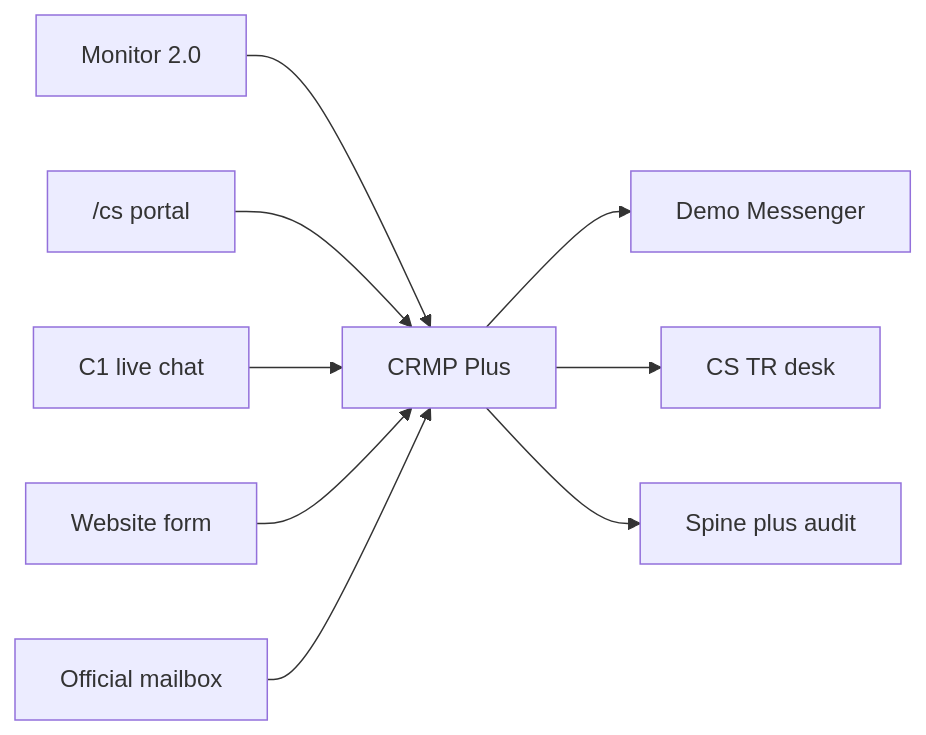
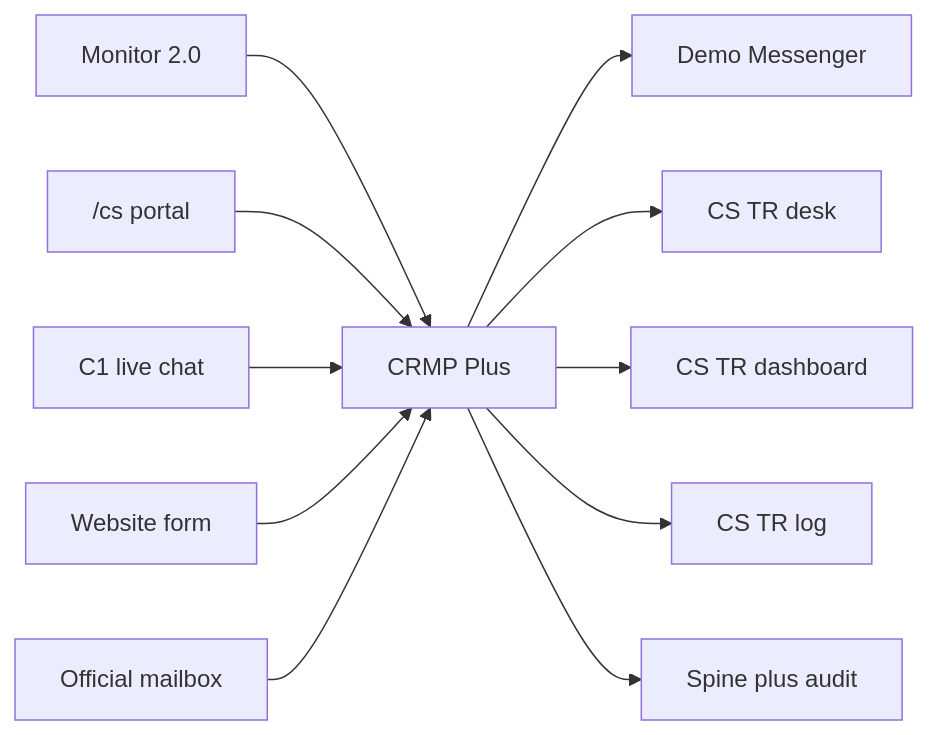
One commit to hxyan2020/PRD changed the first of 10 diagrams in platform/docs/PRD.md. Above: the diagram before and after it, drawn with Mermaid. The commit also changed other lines of this file and 35 other files, not shown here.

First line of the commit message:
Add a dedicated CS/TR dashboard and log, separate from Daily Performance and Risk Log.

````diff
--- a/platform/docs/PRD.md
+++ b/platform/docs/PRD.md
@@ -27,11 +27,13 @@
 ```mermaid
 graph LR
   Mon[Monitor 2.0] --> Plus[CRMP Plus]
   Portal["/cs portal"] --> Plus
   C1[C1 live chat] --> Plus
   Form[Website form] --> Plus
   Mail[Official mailbox] --> Plus
   Plus --> Lark[Demo Messenger]
   Plus --> CsDesk[CS TR desk]
+  Plus --> CsDash[CS TR dashboard]
+  Plus --> CsLog[CS TR log]
   Plus --> Audit[Spine plus audit]
 ```
````
